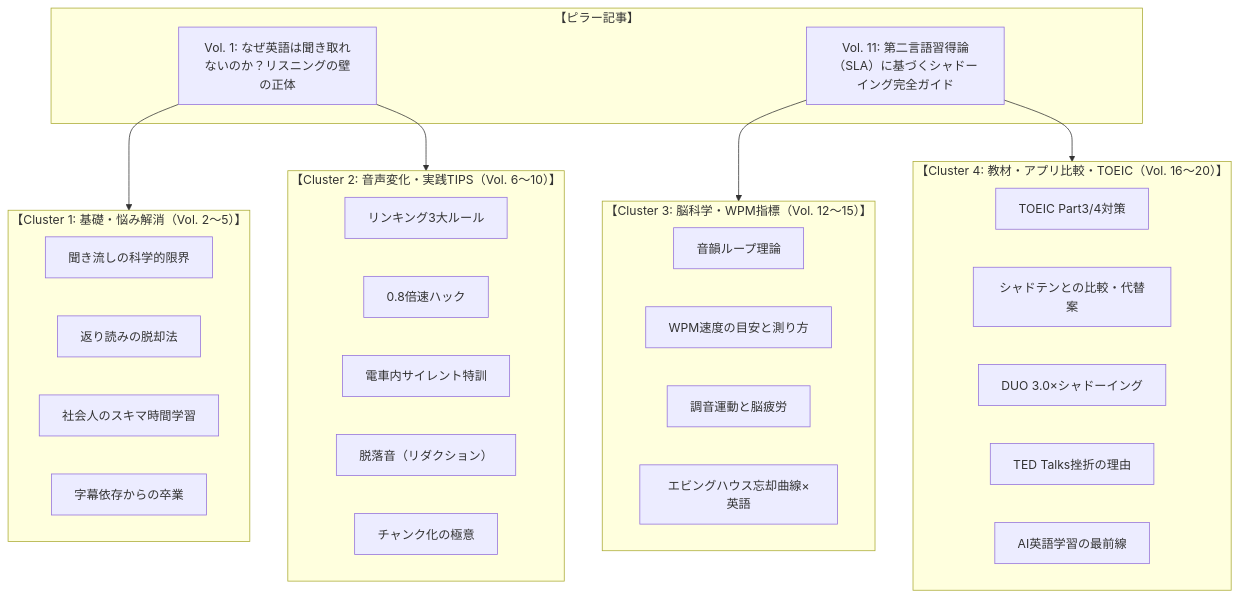
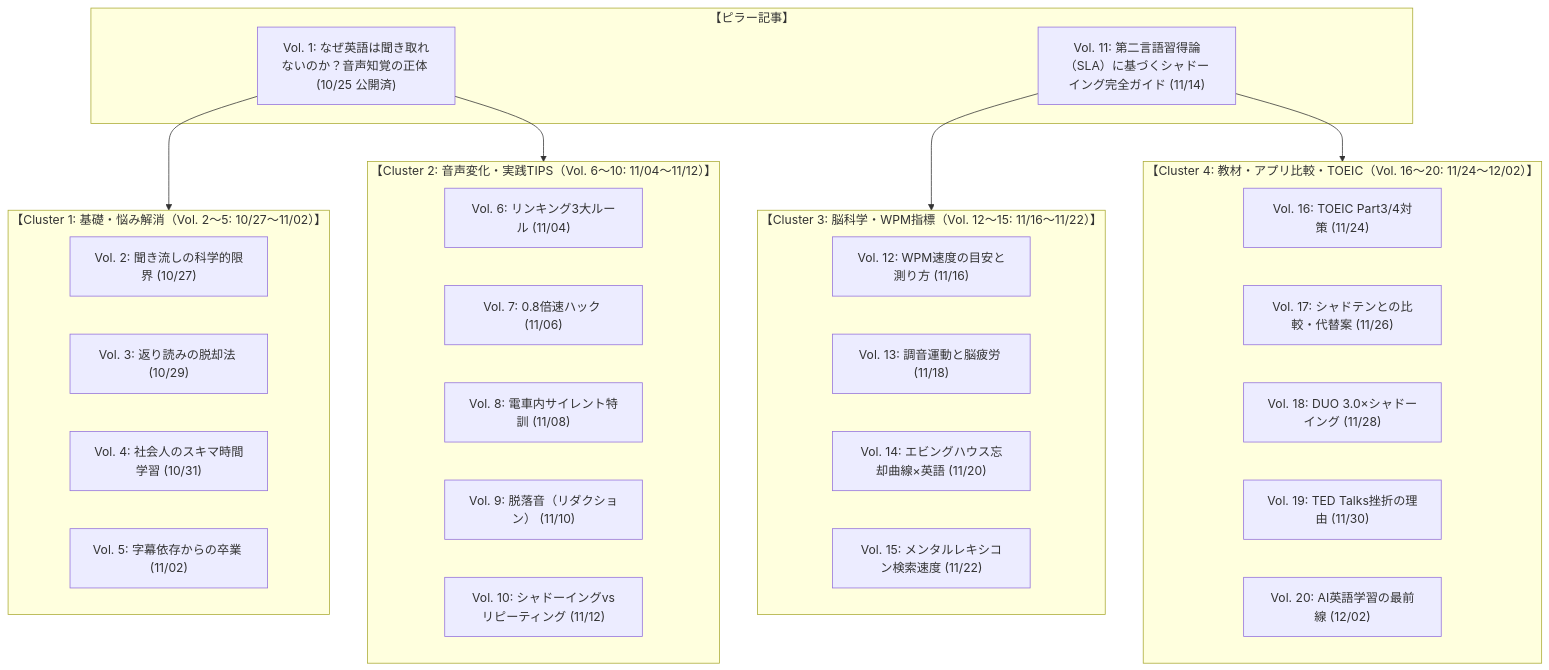
Before and after one commit to ic1koala/Shadowlog: the diagram in management/BLOG_EDITORIAL_CALENDAR.md, drawn with Mermaid. The commit also changed other lines of this file and 9 other files, not shown here.

````diff
--- a/management/BLOG_EDITORIAL_CALENDAR.md
+++ b/management/BLOG_EDITORIAL_CALENDAR.md
@@ -11,42 +12,42 @@
 ```mermaid
 flowchart TD
     subgraph Core ["【ピラー記事】"]
-        P1["Vol. 1: なぜ英語は聞き取れないのか？リスニングの壁の正体"]
-        P2["Vol. 11: 第二言語習得論（SLA）に基づくシャドーイング完全ガイド"]
+        P1["Vol. 1: なぜ英語は聞き取れないのか？音声知覚の正体 (10/25 公開済)"]
+        P2["Vol. 11: 第二言語習得論（SLA）に基づくシャドーイング完全ガイド (11/14)"]
     end
 
-    subgraph ClusterA ["【Cluster 1: 基礎・悩み解消（Vol. 2〜5）】"]
-        C1["聞き流しの科学的限界"]
-        C2["返り読みの脱却法"]
-        C3["社会人のスキマ時間学習"]
-        C4["字幕依存からの卒業"]
+    subgraph ClusterA ["【Cluster 1: 基礎・悩み解消（Vol. 2〜5: 10/27〜11/02）】"]
+        C1["Vol. 2: 聞き流しの科学的限界 (10/27)"]
+        C2["Vol. 3: 返り読みの脱却法 (10/29)"]
+        C3["Vol. 4: 社会人のスキマ時間学習 (10/31)"]
+        C4["Vol. 5: 字幕依存からの卒業 (11/02)"]
     end
 
-    subgraph ClusterB ["【Cluster 2: 音声変化・実践TIPS（Vol. 6〜10）】"]
-        C5["リンキング3大ルール"]
-        C6["0.8倍速ハック"]
-        C7["電車内サイレント特訓"]
-        C8["脱落音（リダクション）"]
-        C9["チャンク化の極意"]
+    subgraph ClusterB ["【Cluster 2: 音声変化・実践TIPS（Vol. 6〜10: 11/04〜11/12）】"]
+        C5["Vol. 6: リンキング3大ルール (11/04)"]
+        C6["Vol. 7: 0.8倍速ハック (11/06)"]
+        C7["Vol. 8: 電車内サイレント特訓 (11/08)"]
+        C8["Vol. 9: 脱落音（リダクション） (11/10)"]
+        C9["Vol. 10: シャドーイングvsリピーティング (11/12)"]
     end
 
-    subgraph ClusterC ["【Cluster 3: 脳科学・WPM指標（Vol. 12〜15）】"]
-        C10["音韻ループ理論"]
-        C11["WPM速度の目安と測り方"]
-        C12["調音運動と脳疲労"]
-        C13["エビングハウス忘却曲線×英語"]
+    subgraph ClusterC ["【Cluster 3: 脳科学・WPM指標（Vol. 12〜15: 11/16〜11/22）】"]
+        C10["Vol. 12: WPM速度の目安と測り方 (11/16)"]
+        C11["Vol. 13: 調音運動と脳疲労 (11/18)"]
+        C12["Vol. 14: エビングハウス忘却曲線×英語 (11/20)"]
+        C13["Vol. 15: メンタルレキシコン検索速度 (11/22)"]
     end
 
-    subgraph ClusterD ["【Cluster 4: 教材・アプリ比較・TOEIC（Vol. 16〜20）】"]
-        C14["TOEIC Part3/4対策"]
-        C15["シャドテンとの比較・代替案"]
-        C16["DUO 3.0×シャドーイング"]
-        C17["TED Talks挫折の理由"]
-        C18["AI英語学習の最前線"]
+    subgraph ClusterD ["【Cluster 4: 教材・アプリ比較・TOEIC（Vol. 16〜20: 11/24〜12/02）】"]
+        C14["Vol. 16: TOEIC Part3/4対策 (11/24)"]
+        C15["Vol. 17: シャドテンとの比較・代替案 (11/26)"]
+        C16["Vol. 18: DUO 3.0×シャドーイング (11/28)"]
+        C17["Vol. 19: TED Talks挫折の理由 (11/30)"]
+        C18["Vol. 20: AI英語学習の最前線 (12/02)"]
     end
 
     P1 --> ClusterA
     P1 --> ClusterB
     P2 --> ClusterC
     P2 --> ClusterD
 ```
````
